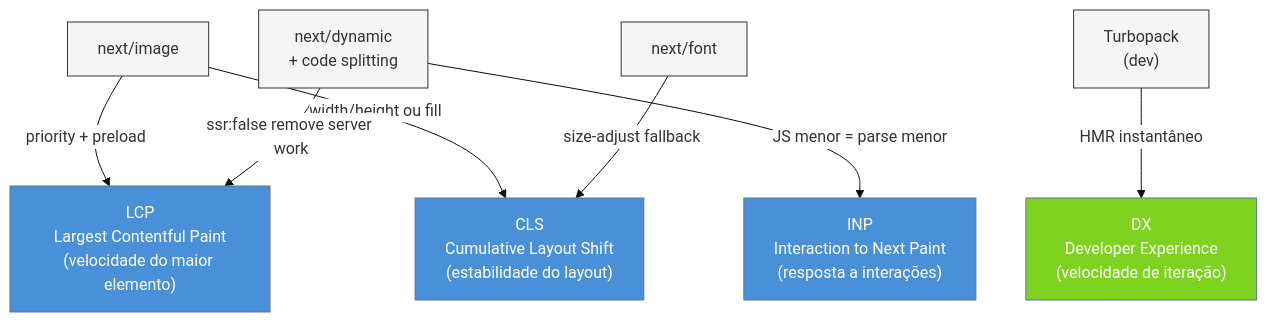
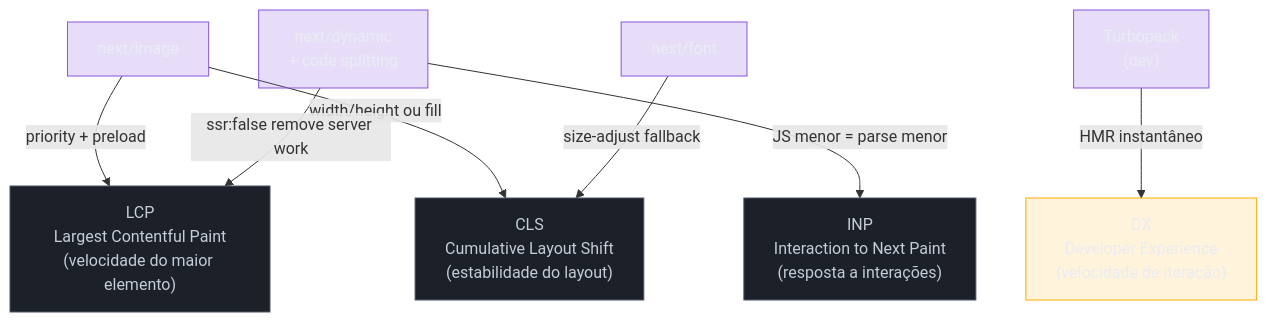
The diagram in 03-Dominios/Tecnologia/React/Next.js/14 - Otimizações - Image, Font, bundle, Turbopack.md (josenaldo/codex-technomanticus), drawn with Mermaid before and after one commit. The commit also changed 1181 other files, not shown here.

First line of the commit message:
fix(diagramas): paleta do sistema no lugar de cor cravada no markdown

````diff
--- a/03-Dominios/Tecnologia/React/Next.js/14 - Otimizações - Image, Font, bundle, Turbopack.md
+++ b/03-Dominios/Tecnologia/React/Next.js/14 - Otimizações - Image, Font, bundle, Turbopack.md
@@ -281,29 +281,31 @@
 ```mermaid
-%%{init: {"theme": "base", "themeVariables": {"primaryColor": "#4A90D9", "edgeLabelBackground": "#ffffff"}}}%%
 graph TD
+    classDef neutro fill:#1B2029,stroke:#4E5666,color:#C6CCD8
+    classDef destaque fill:#FFAA0024,stroke:#FFAA00,color:#E9ECF2
+    classDef marca fill:#8855DF33,stroke:#8855DF,color:#E9ECF2
     IMG["next/image"]
     FONT["next/font"]
     DYN["next/dynamic\n+ code splitting"]
     TURBO["Turbopack\n(dev)"]
 
     LCP["LCP\nLargest Contentful Paint\n(velocidade do maior elemento)"]
     CLS["CLS\nCumulative Layout Shift\n(estabilidade do layout)"]
     INP["INP\nInteraction to Next Paint\n(resposta a interações)"]
     DX["DX\nDeveloper Experience\n(velocidade de iteração)"]
 
     IMG -->|"priority + preload"| LCP
     IMG -->|"width/height ou fill"| CLS
     FONT -->|"size-adjust fallback"| CLS
     DYN -->|"JS menor = parse menor"| INP
     DYN -->|"ssr:false remove server work"| LCP
     TURBO -->|"HMR instantâneo"| DX
 
-    style LCP fill:#4A90D9,color:#fff
-    style CLS fill:#4A90D9,color:#fff
-    style INP fill:#4A90D9,color:#fff
-    style DX fill:#7ED321,color:#fff
-    style IMG fill:#F5F5F5,stroke:#333
-    style FONT fill:#F5F5F5,stroke:#333
-    style DYN fill:#F5F5F5,stroke:#333
-    style TURBO fill:#F5F5F5,stroke:#333
+    class LCP neutro
+    class CLS neutro
+    class INP neutro
+    class DX destaque
+    class IMG marca
+    class FONT marca
+    class DYN marca
+    class TURBO marca
 ```
````
